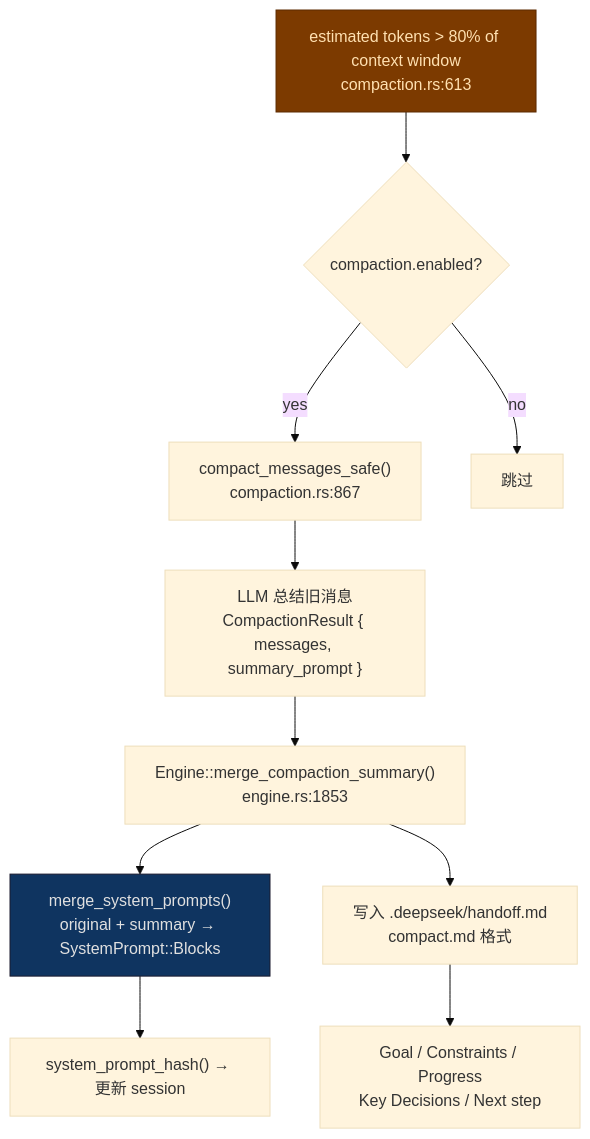
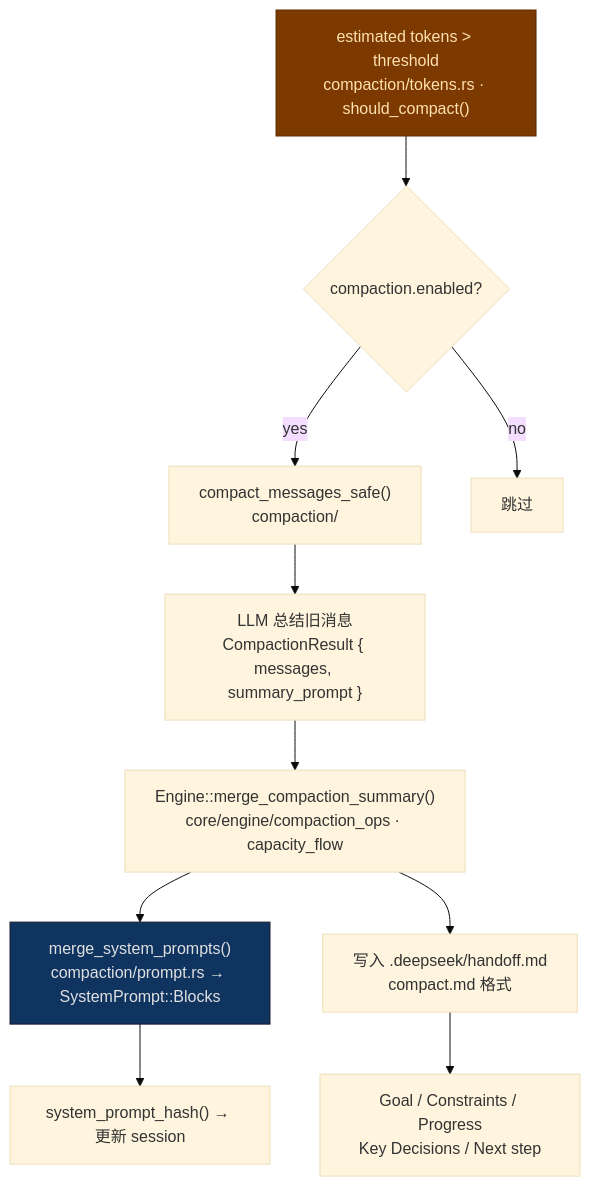
The third of 7 diagrams in docs/prompt-architecture.md (didclawapp-ai/zagens), drawn with Mermaid (base theme) before and after one commit. The commit also changed other lines of this file and 29 other files, not shown here.

First line of the commit message:
refactor(arch): D15 final architecture convergence for Desktop-only SSOT

````diff
--- a/docs/prompt-architecture.md
+++ b/docs/prompt-architecture.md
@@ -147,26 +155,26 @@
 ```mermaid
 flowchart TD
-    TRIGGER["estimated tokens > 80% of context window<br/>compaction.rs:613"]
+    TRIGGER["estimated tokens > threshold<br/>compaction/tokens.rs · should_compact()"]
     CHECK{"compaction.enabled?"}
-    COMPACT["compact_messages_safe()<br/>compaction.rs:867"]
+    COMPACT["compact_messages_safe()<br/>compaction/"]
     SUMMARIZE["LLM 总结旧消息<br/>CompactionResult { messages, summary_prompt }"]
-    MERGE_SESSION["Engine::merge_compaction_summary()<br/>engine.rs:1853"]
-    MERGE_FN["merge_system_prompts()<br/>original + summary → SystemPrompt::Blocks"]
+    MERGE_SESSION["Engine::merge_compaction_summary()<br/>core/engine/compaction_ops · capacity_flow"]
+    MERGE_FN["merge_system_prompts()<br/>compaction/prompt.rs → SystemPrompt::Blocks"]
     UPDATE_HASH["system_prompt_hash() → 更新 session"]
     WRITE_HANDOFF["写入 .deepseek/handoff.md<br/>compact.md 格式"]
     FMT["Goal / Constraints / Progress<br/>Key Decisions / Next step"]
     SKIP["跳过"]
 
     TRIGGER --> CHECK
     CHECK -->|no| SKIP
     CHECK -->|yes| COMPACT
     COMPACT --> SUMMARIZE
     SUMMARIZE --> MERGE_SESSION
     MERGE_SESSION --> MERGE_FN
     MERGE_FN --> UPDATE_HASH
     MERGE_SESSION --> WRITE_HANDOFF
     WRITE_HANDOFF --> FMT
 
     style TRIGGER fill:#7c3a00,stroke:#5c2a00,color:#ffe0b0
     style MERGE_FN fill:#0f3460,stroke:#1a1a2e,color:#e0e0e0
 ```
````
